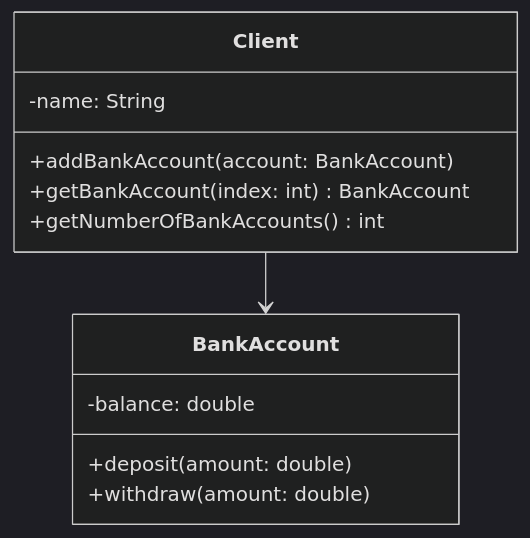
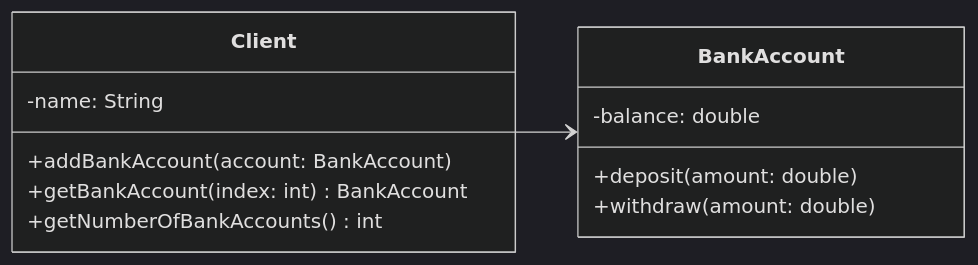
The second of 6 diagrams in 计算机科学/面向对象设计与Java编程/2 UML 类图及其设计/2-1 UML 类图.md (InfiniteAstral/notes), drawn with Mermaid (dark theme) before and after one commit. The commit also changed other lines of this file, not shown here.

Commit message:
docs: update 计算机科学/2 UML 类图及其设计/2-1 UML 类图.md

````diff
--- a/计算机科学/面向对象设计与Java编程/2 UML 类图及其设计/2-1 UML 类图.md
+++ b/计算机科学/面向对象设计与Java编程/2 UML 类图及其设计/2-1 UML 类图.md
@@ -53,15 +63,16 @@
-```mermaid
-classDiagram
-class Client {
-  -name: String
-  +addBankAccount(account: BankAccount)
-  +getBankAccount(index: int) BankAccount
-  +getNumberOfBankAccounts() int
-}
-class BankAccount {
-  -balance: double
-  +deposit(amount: double)
-  +withdraw(amount: double)
-}
-Client --> BankAccount
-```
+  ```mermaid
+  classDiagram
+  direction LR
+  class Client {
+    -name: String
+    +addBankAccount(account: BankAccount)
+    +getBankAccount(index: int) BankAccount
+    +getNumberOfBankAccounts() int
+  }
+  class BankAccount {
+    -balance: double
+    +deposit(amount: double)
+    +withdraw(amount: double)
+  }
+  Client --> BankAccount
+  ```
````
